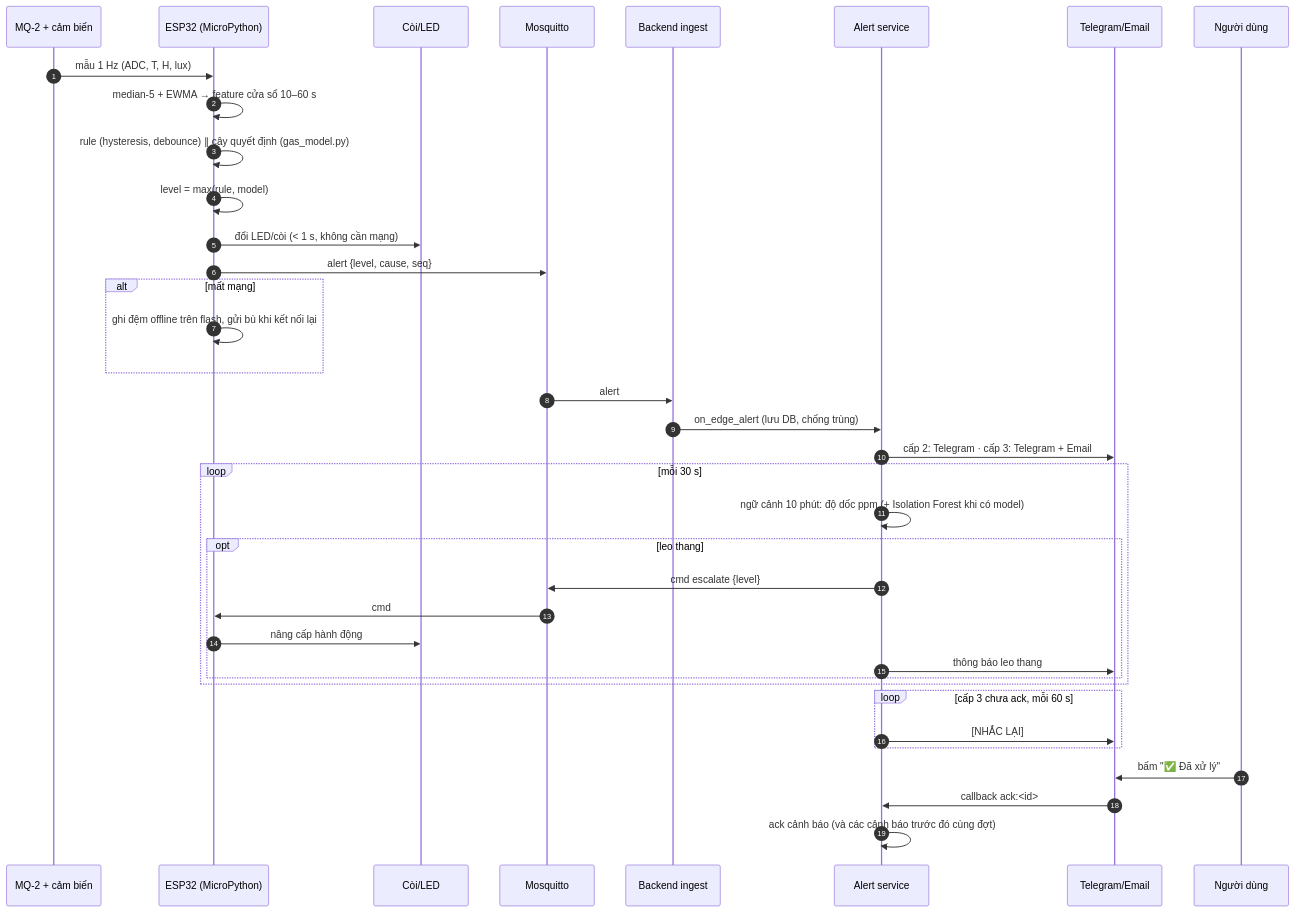
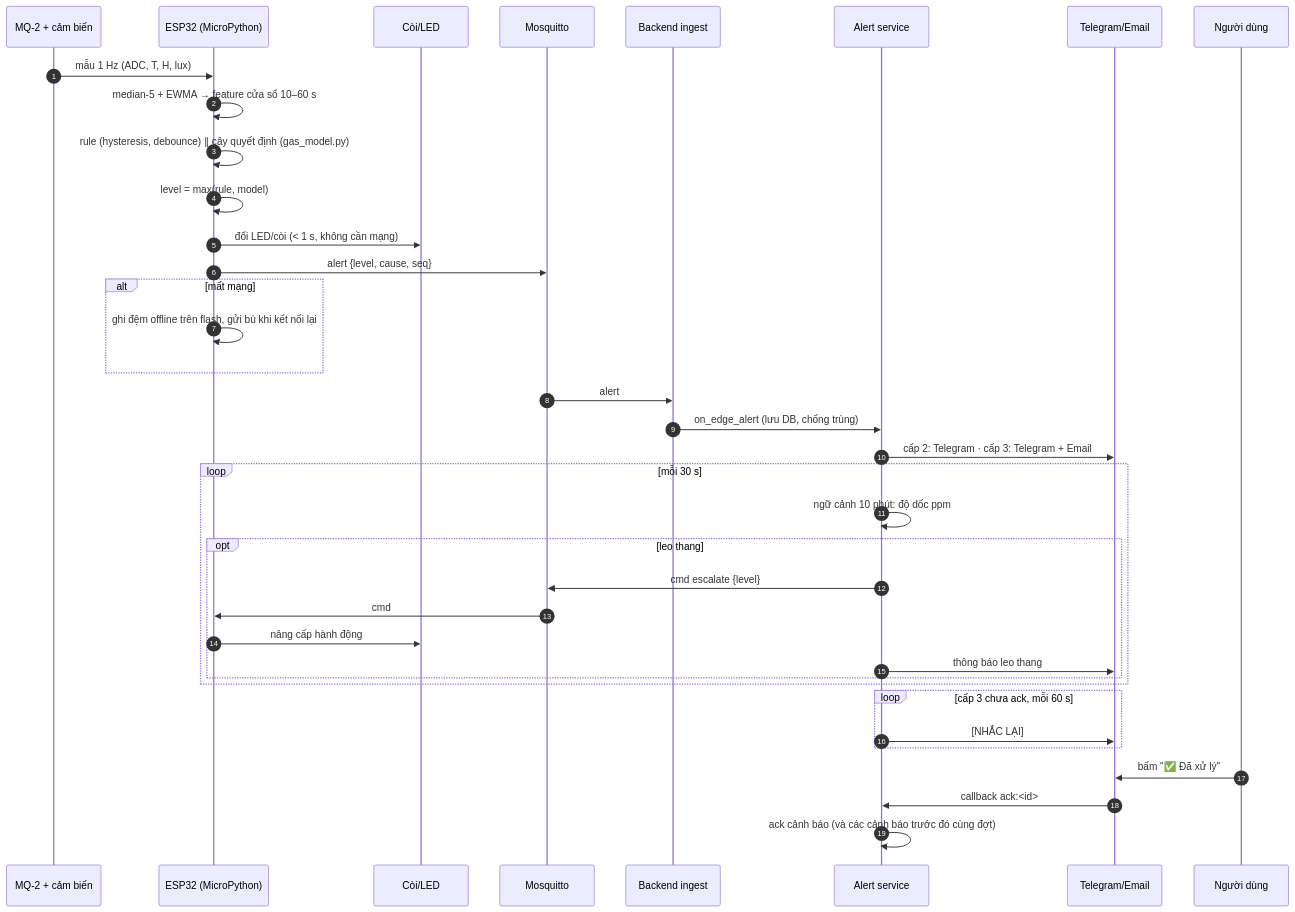
Before and after one commit to danhle396/pythonnhung: the first of 3 diagrams in docs/architecture/sequences.md, drawn with Mermaid. The commit also changed other lines of this file and 176 other files, not shown here.

````diff
--- a/docs/architecture/sequences.md
+++ b/docs/architecture/sequences.md
@@ -5,40 +5,40 @@
 ```mermaid
 sequenceDiagram
     autonumber
     participant S as MQ-2 + cảm biến
     participant E as ESP32 (MicroPython)
     participant A as Còi/LED
     participant B as Mosquitto
     participant I as Backend ingest
     participant AS as Alert service
     participant T as Telegram/Email
     participant U as Người dùng
 
     S->>E: mẫu 1 Hz (ADC, T, H, lux)
     E->>E: median-5 + EWMA → feature cửa sổ 10–60 s
     E->>E: rule (hysteresis, debounce) ∥ cây quyết định (gas_model.py)
     E->>E: level = max(rule, model)
     E->>A: đổi LED/còi (< 1 s, không cần mạng)
     E->>B: alert {level, cause, seq}
     alt mất mạng
         E->>E: ghi đệm offline trên flash, gửi bù khi kết nối lại
     end
     B->>I: alert
     I->>AS: on_edge_alert (lưu DB, chống trùng)
     AS->>T: cấp 2: Telegram · cấp 3: Telegram + Email
     loop mỗi 30 s
-        AS->>AS: ngữ cảnh 10 phút: độ dốc ppm (+ Isolation Forest khi có model)
+        AS->>AS: ngữ cảnh 10 phút: độ dốc ppm
         opt leo thang
             AS->>B: cmd escalate {level}
             B->>E: cmd
             E->>A: nâng cấp hành động
             AS->>T: thông báo leo thang
         end
     end
     loop cấp 3 chưa ack, mỗi 60 s
         AS->>T: [NHẮC LẠI]
     end
     U->>T: bấm "✅ Đã xử lý"
     T->>AS: callback ack:<id>
     AS->>AS: ack cảnh báo (và các cảnh báo trước đó cùng đợt)
 ```
````
